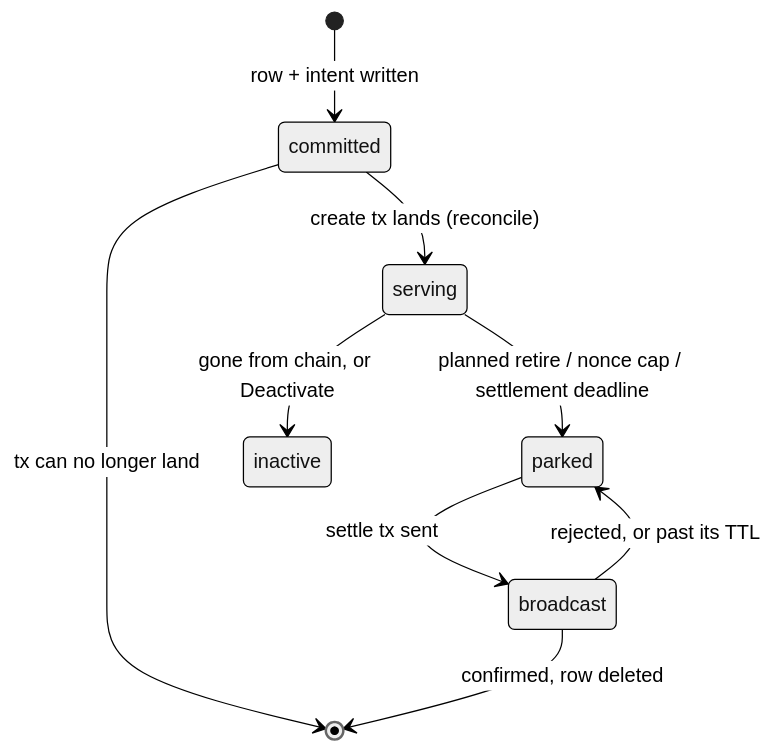
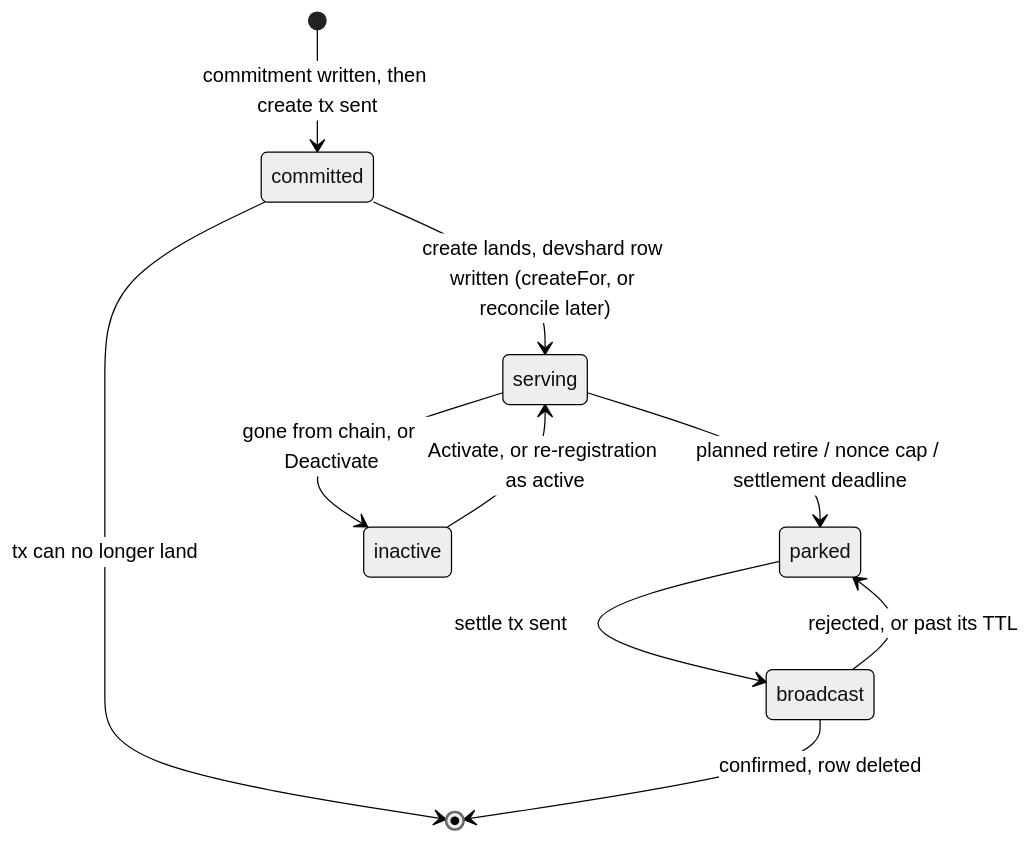
One commit to kaileido/gonka changed the first of 3 diagrams in devshard/cmd/gateway/docs/escrows.md. Above: the diagram before and after it, drawn with Mermaid (neutral theme). The commit also changed other lines of this file and 8 other files, not shown here.

````diff
--- a/devshard/cmd/gateway/docs/escrows.md
+++ b/devshard/cmd/gateway/docs/escrows.md
@@ -38,11 +40,12 @@
 ```mermaid
 stateDiagram-v2
-    [*] --> committed: row + intent written
-    committed --> serving: create tx lands (reconcile)
+    [*] --> committed: commitment written, then create tx sent
+    committed --> serving: create lands, devshard row written (createFor, or reconcile later)
     committed --> [*]: tx can no longer land
     serving --> parked: planned retire / nonce cap / settlement deadline
     serving --> inactive: gone from chain, or Deactivate
+    inactive --> serving: Activate, or re-registration as active
     parked --> broadcast: settle tx sent
     broadcast --> [*]: confirmed, row deleted
     broadcast --> parked: rejected, or past its TTL
 ```
````
